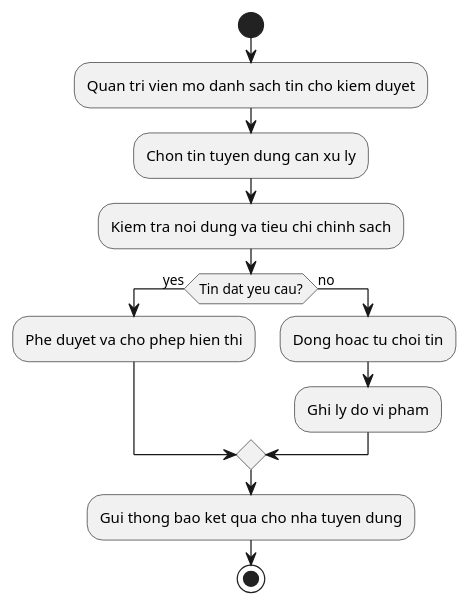
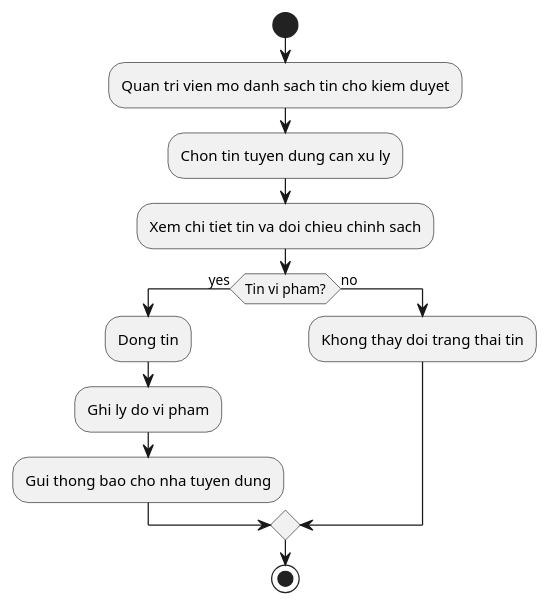
The diagram in uml/Activity/UC21_KiemDuyetVaDongTinTuyenDung_Activity.puml (Ancuyou/Recruitment-Center-Website), drawn with PlantUML before and after one commit. The commit also changed 4 other files, not shown here.

```diff
--- a/uml/Activity/UC21_KiemDuyetVaDongTinTuyenDung_Activity.puml
+++ b/uml/Activity/UC21_KiemDuyetVaDongTinTuyenDung_Activity.puml
@@ -1,18 +1,18 @@
 @startuml UC21_Activity
 'https://plantuml.com/activity-diagram-beta
 
 start
 :Quan tri vien mo danh sach tin cho kiem duyet;
 :Chon tin tuyen dung can xu ly;
-:Kiem tra noi dung va tieu chi chinh sach;
-if (Tin dat yeu cau?) then (yes)
-  :Phe duyet va cho phep hien thi;
+:Xem chi tiet tin va doi chieu chinh sach;
+if (Tin vi pham?) then (yes)
+  :Dong tin;
+  :Ghi ly do vi pham;
+  :Gui thong bao cho nha tuyen dung;
 else (no)
-  :Dong hoac tu choi tin;
-  :Ghi ly do vi pham;
+  :Khong thay doi trang thai tin;
 endif
-:Gui thong bao ket qua cho nha tuyen dung;
 
 stop
 
 @enduml
```
